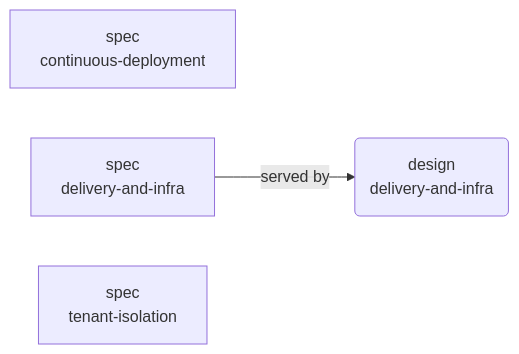
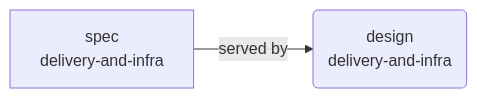
Before and after one commit to coder-devx/coder-system: the fifth of 6 diagrams in system/GRAPH.md, drawn with Mermaid. The commit also changed other lines of this file and 67 other files, not shown here.

````diff
--- a/system/GRAPH.md
+++ b/system/GRAPH.md
@@ -115,8 +45,6 @@
 ```mermaid
 flowchart LR
   n000("design<br/>delivery-and-infra")
-  n001["spec<br/>continuous-deployment"]
-  n002["spec<br/>delivery-and-infra"]
-  n003["spec<br/>tenant-isolation"]
-  n002 -->|served by| n000
+  n001["spec<br/>delivery-and-infra"]
+  n001 -->|served by| n000
 ```
````
